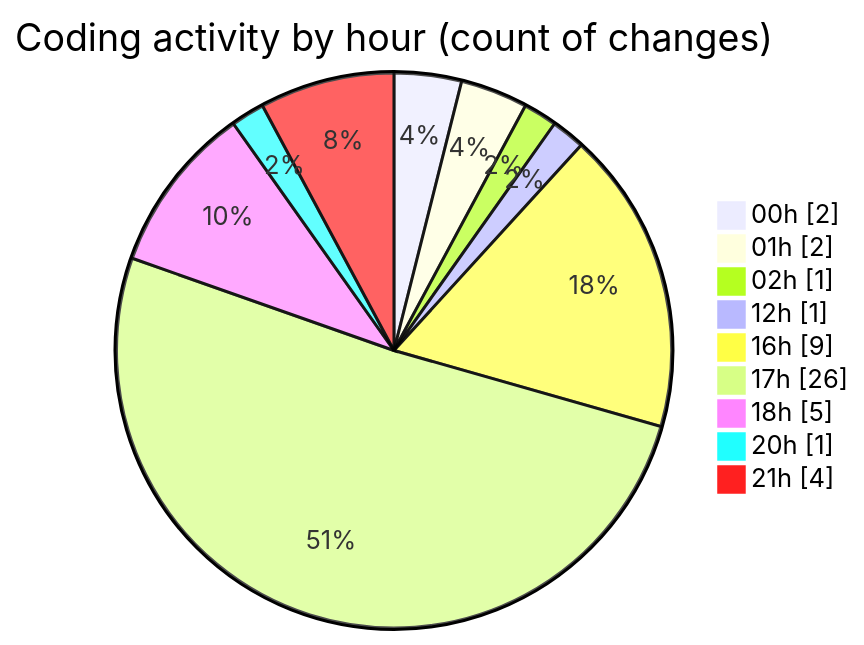
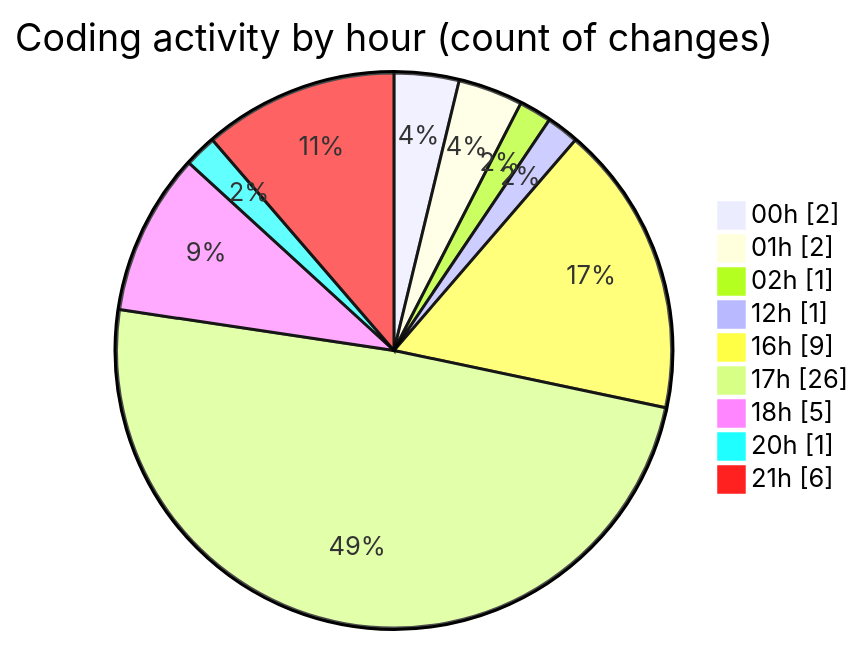
The second of 2 diagrams in 2026-07-09/twenty_versions_aminor/README.md (shibass792/code-tracking), drawn with Mermaid before and after one commit. The commit also changed other lines of this file and 1 other file, not shown here.

````diff
--- a/2026-07-09/twenty_versions_aminor/README.md
+++ b/2026-07-09/twenty_versions_aminor/README.md
@@ -48,13 +49,13 @@
 ```mermaid
 pie showData
 title Coding activity by hour (count of changes)
 "00h" : 2
 "01h" : 2
 "02h" : 1
 "12h" : 1
 "16h" : 9
 "17h" : 26
 "18h" : 5
 "20h" : 1
-"21h" : 4
+"21h" : 6
 ```
````
